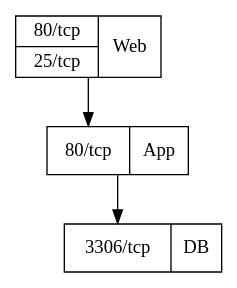
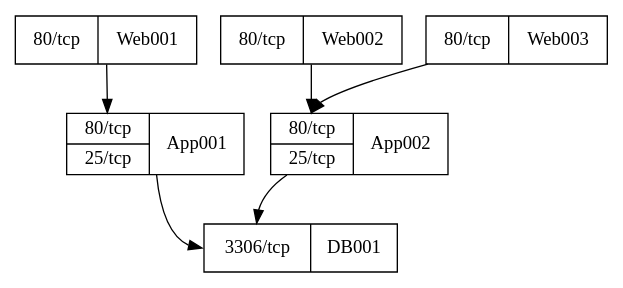
The diagram in examples/simple.dot (otahi/network_drawer), drawn with Graphviz before and after one commit. The commit also changed 2 other files, not shown here.

```diff
--- a/examples/simple.dot
+++ b/examples/simple.dot
@@ -1,8 +1,17 @@
 digraph G {
   rankdir="TB";
-  0[label="{<p80tcp> 80/tcp|<p25tcp> 25/tcp}| Web",shape="record"];
-  1[label="{<p80tcp> 80/tcp}| App",shape="record"];
-  2[label="{<p3306tcp> 3306/tcp}| DB",shape="record"];
-  0 -> 1:p80tcp;
-  1 -> 2:p3306tcp;
+  0[label="{<p80tcp> 80/tcp}| Web001",shape="record"];
+  1[label="{<p80tcp> 80/tcp}| Web002",shape="record"];
+  2[label="{<p80tcp> 80/tcp}| Web003",shape="record"];
+  3[label="{<p80tcp> 80/tcp|<p25tcp> 25/tcp}| App001",shape="record"];
+  4[label="{<p80tcp> 80/tcp|<p25tcp> 25/tcp}| App002",shape="record"];
+  5[label="{<p3306tcp> 3306/tcp}| DB001",shape="record"];
+  0 -> 3:p80tcp;
+  1 -> 4:p80tcp;
+  2 -> 4:p80tcp;
+  3 -> 5:p3306tcp;
+  4 -> 5:p3306tcp;
+  { rank=same; 0; 1; 2; }
+  { rank=same; 3; 4; }
+  { rank=same; 5; }
 }
```
